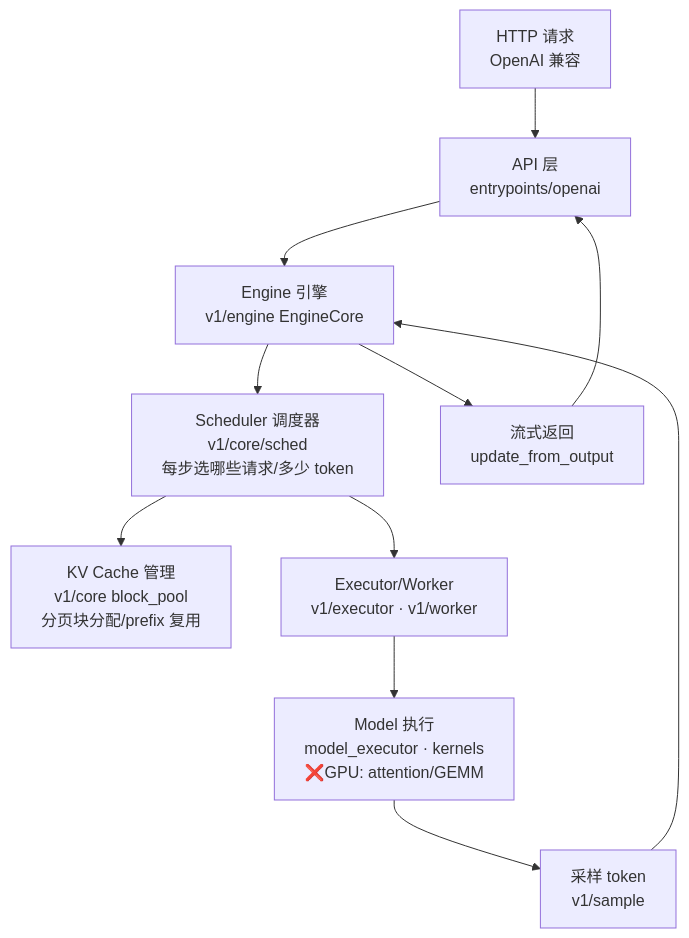
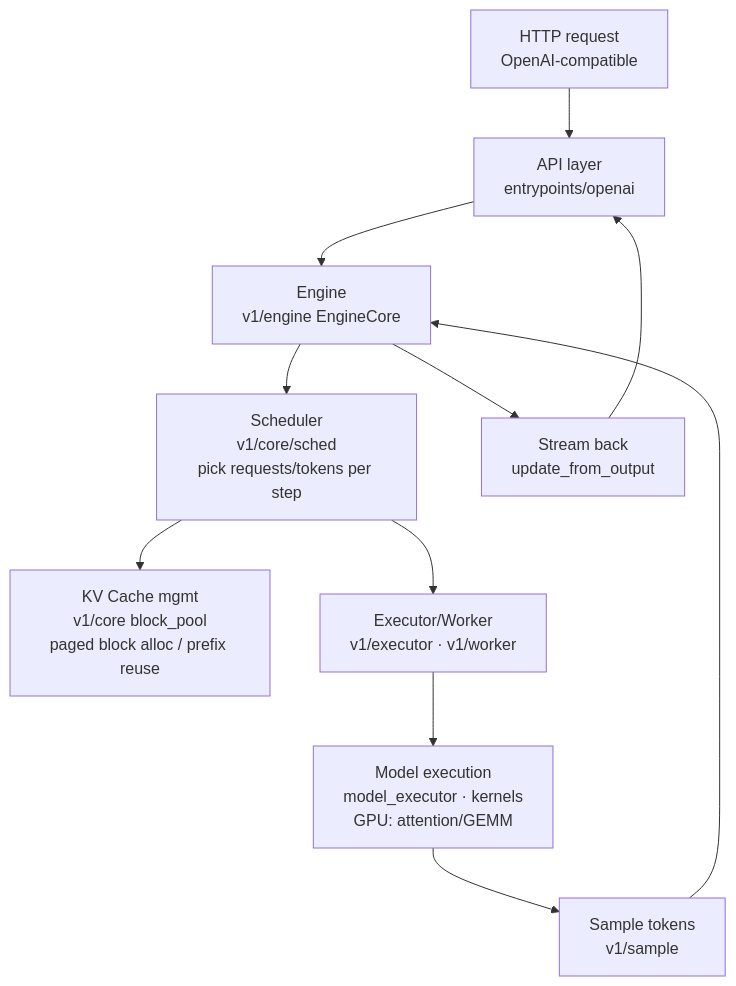
One commit to raymondyates1990/vllm-caseStudy changed the diagram in _notes/01-architecture-map.md. Above: the diagram before and after it, drawn with Mermaid. The commit also changed other lines of this file and 5 other files, not shown here.

````diff
--- a/_notes/01-architecture-map.md
+++ b/_notes/01-architecture-map.md
@@ -9,13 +9,13 @@
 ```mermaid
 flowchart TD
-    A[HTTP 请求<br/>OpenAI 兼容] --> B[API 层<br/>entrypoints/openai]
-    B --> C[Engine 引擎<br/>v1/engine EngineCore]
-    C --> D[Scheduler 调度器<br/>v1/core/sched<br/>每步选哪些请求/多少 token]
-    D --> E[KV Cache 管理<br/>v1/core block_pool<br/>分页块分配/prefix 复用]
+    A[HTTP request<br/>OpenAI-compatible] --> B[API layer<br/>entrypoints/openai]
+    B --> C[Engine<br/>v1/engine EngineCore]
+    C --> D[Scheduler<br/>v1/core/sched<br/>pick requests/tokens per step]
+    D --> E[KV Cache mgmt<br/>v1/core block_pool<br/>paged block alloc / prefix reuse]
     D --> F[Executor/Worker<br/>v1/executor · v1/worker]
-    F --> G[Model 执行<br/>model_executor · kernels<br/>❌GPU: attention/GEMM]
-    G --> H[采样 token<br/>v1/sample]
+    F --> G[Model execution<br/>model_executor · kernels<br/>GPU: attention/GEMM]
+    G --> H[Sample tokens<br/>v1/sample]
     H --> C
-    C --> I[流式返回<br/>update_from_output]
+    C --> I[Stream back<br/>update_from_output]
     I --> B
 ```
````
